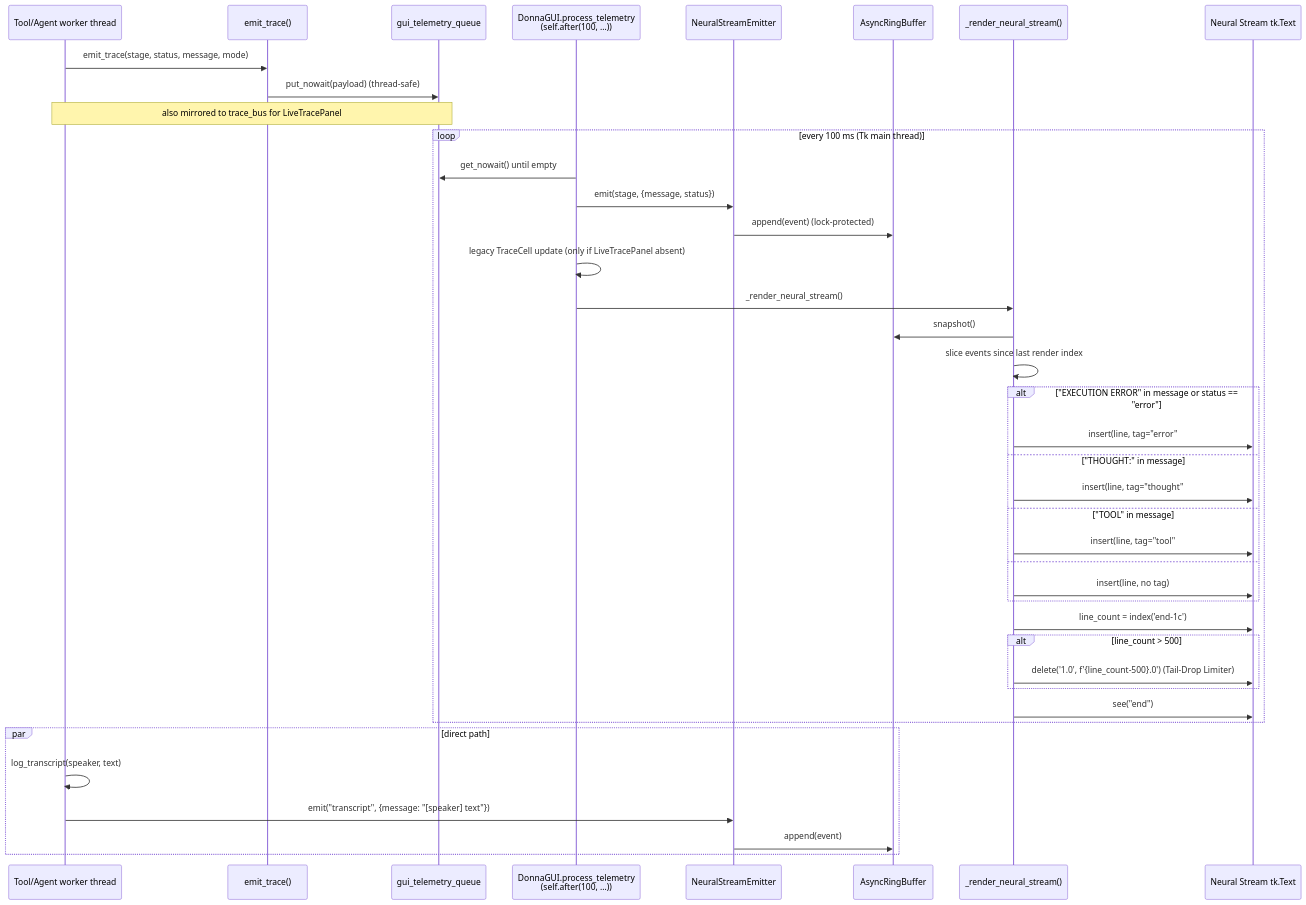
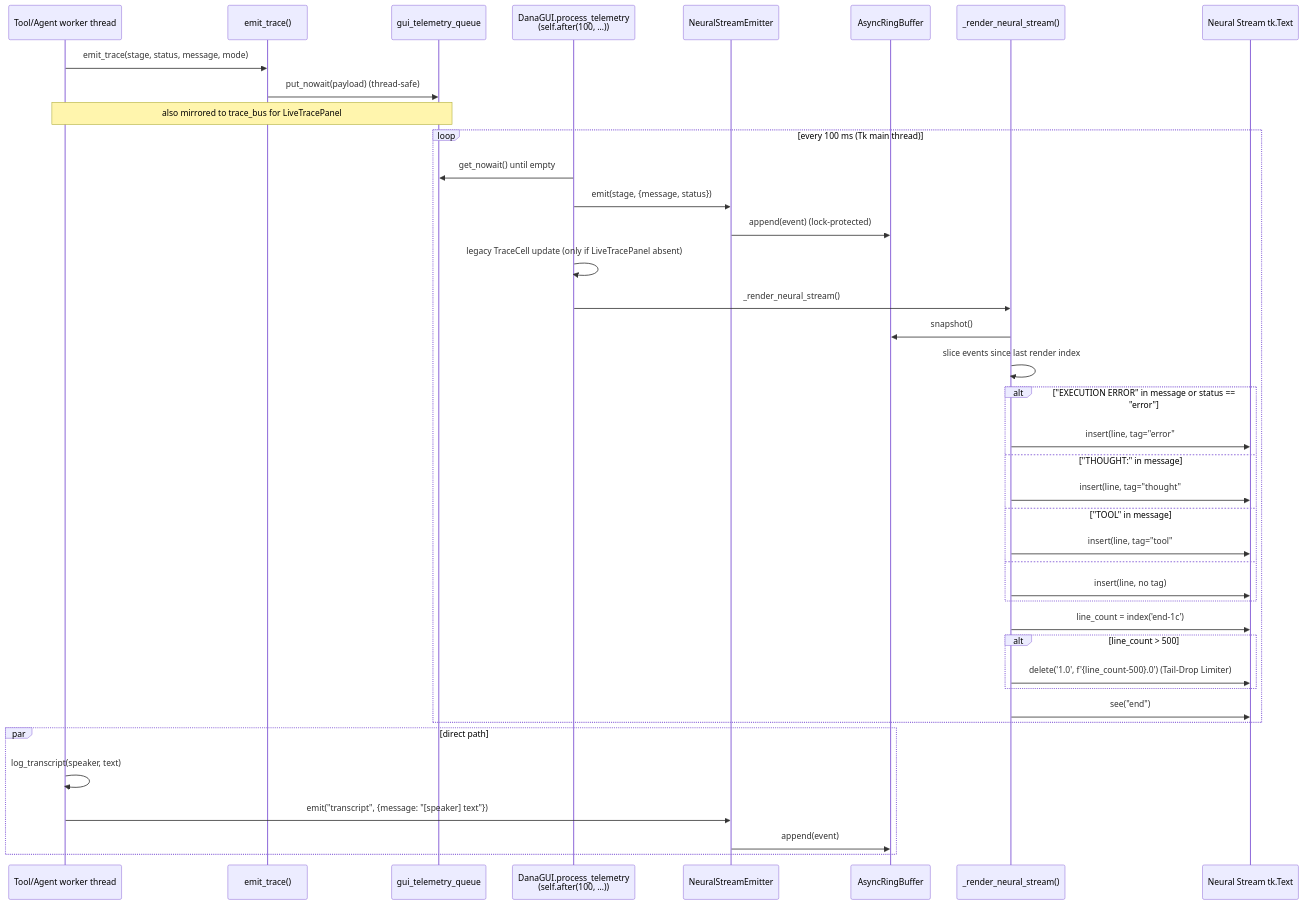
Before and after one commit to Cascade-Router/Dana: the second of 4 diagrams in docs/architecture/system_overview_unified_canvas.md, drawn with Mermaid. The commit also changed other lines of this file and 285 other files, not shown here.

````diff
--- a/docs/architecture/system_overview_unified_canvas.md
+++ b/docs/architecture/system_overview_unified_canvas.md
@@ -125,45 +125,45 @@
 ```mermaid
 sequenceDiagram
     participant Worker as Tool/Agent worker thread
     participant ET as emit_trace()
     participant GTQ as gui_telemetry_queue
-    participant PT as DonnaGUI.process_telemetry<br/>(self.after(100, …))
+    participant PT as DanaGUI.process_telemetry<br/>(self.after(100, …))
     participant NSE as NeuralStreamEmitter
     participant ARB as AsyncRingBuffer
     participant RNS as _render_neural_stream()
     participant Text as Neural Stream tk.Text
 
     Worker->>ET: emit_trace(stage, status, message, mode)
     ET->>GTQ: put_nowait(payload)  (thread-safe)
     Note over Worker,GTQ: also mirrored to trace_bus for LiveTracePanel
 
     loop every 100 ms (Tk main thread)
         PT->>GTQ: get_nowait() until empty
         PT->>NSE: emit(stage, {message, status})
         NSE->>ARB: append(event)  (lock-protected)
         PT->>PT: legacy TraceCell update (only if LiveTracePanel absent)
         PT->>RNS: _render_neural_stream()
         RNS->>ARB: snapshot()
         RNS->>RNS: slice events since last render index
         alt "EXECUTION ERROR" in message or status == "error"
             RNS->>Text: insert(line, tag="error" #ff4444)
         else "THOUGHT:" in message
             RNS->>Text: insert(line, tag="thought" #3399ff)
         else "TOOL" in message
             RNS->>Text: insert(line, tag="tool" #00cc66)
         else
             RNS->>Text: insert(line, no tag)
         end
         RNS->>Text: line_count = index('end-1c')
         alt line_count > 500
             RNS->>Text: delete('1.0', f'{line_count-500}.0')  (Tail-Drop Limiter)
         end
         RNS->>Text: see("end")
     end
 
     par direct path
         Worker->>Worker: log_transcript(speaker, text)
         Worker->>NSE: emit("transcript", {message: "[speaker] text"})
         NSE->>ARB: append(event)
     end
 ```
````
